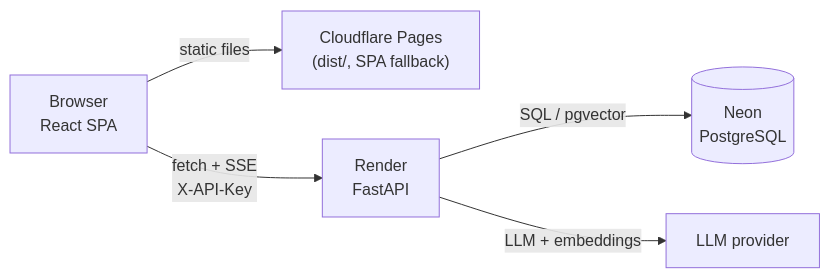
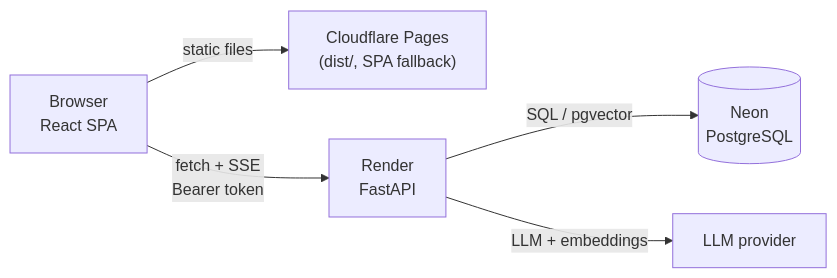
The diagram in frontend/README.md (vandertal/mnemonic), drawn with Mermaid before and after one commit. The commit also changed other lines of this file and 2 other files, not shown here.

Commit message:
chore(frontend): auth smoke script, README auth flow and limitations, tick lab 21 M3 code

````diff
--- a/frontend/README.md
+++ b/frontend/README.md
@@ -27,7 +27,7 @@
 ```mermaid
 flowchart LR
   B["Browser<br/>React SPA"] -- "static files" --> CF["Cloudflare Pages<br/>(dist/, SPA fallback)"]
-  B -- "fetch + SSE<br/>X-API-Key" --> R["Render<br/>FastAPI"]
+  B -- "fetch + SSE<br/>Bearer token" --> R["Render<br/>FastAPI"]
   R -- "SQL / pgvector" --> N[("Neon<br/>PostgreSQL")]
   R -- "LLM + embeddings" --> L["LLM provider"]
 ```
````
